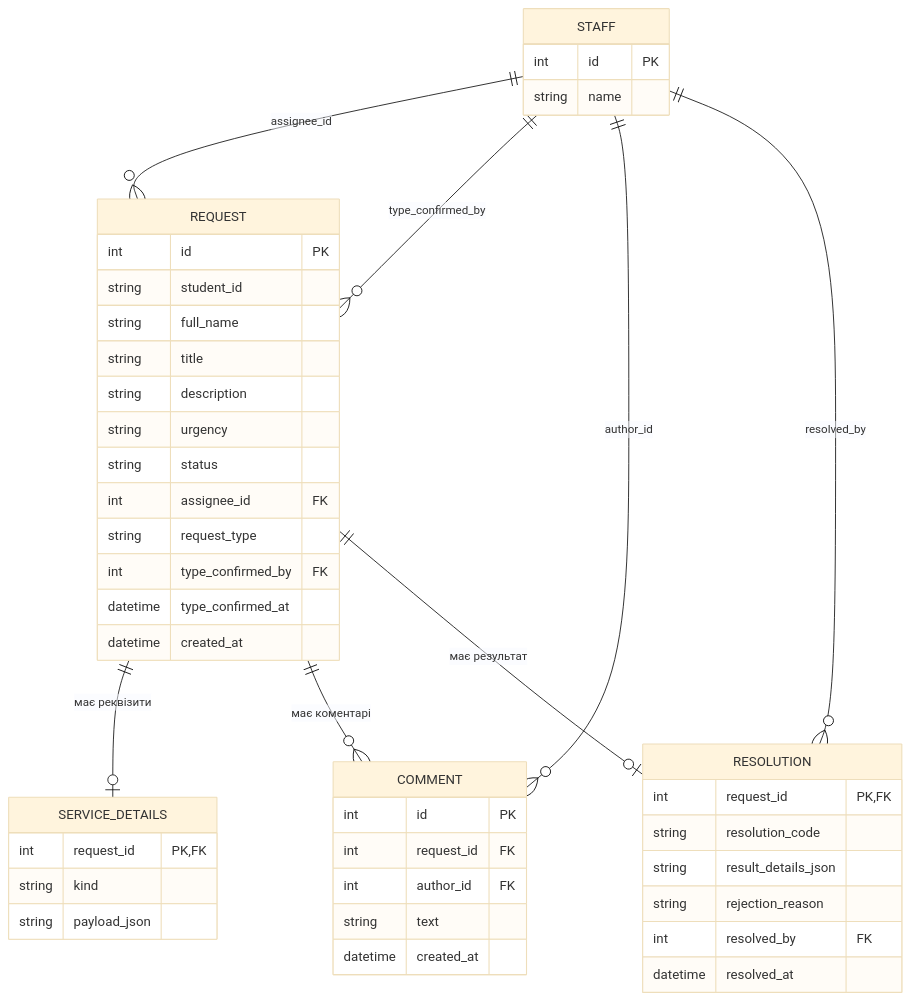
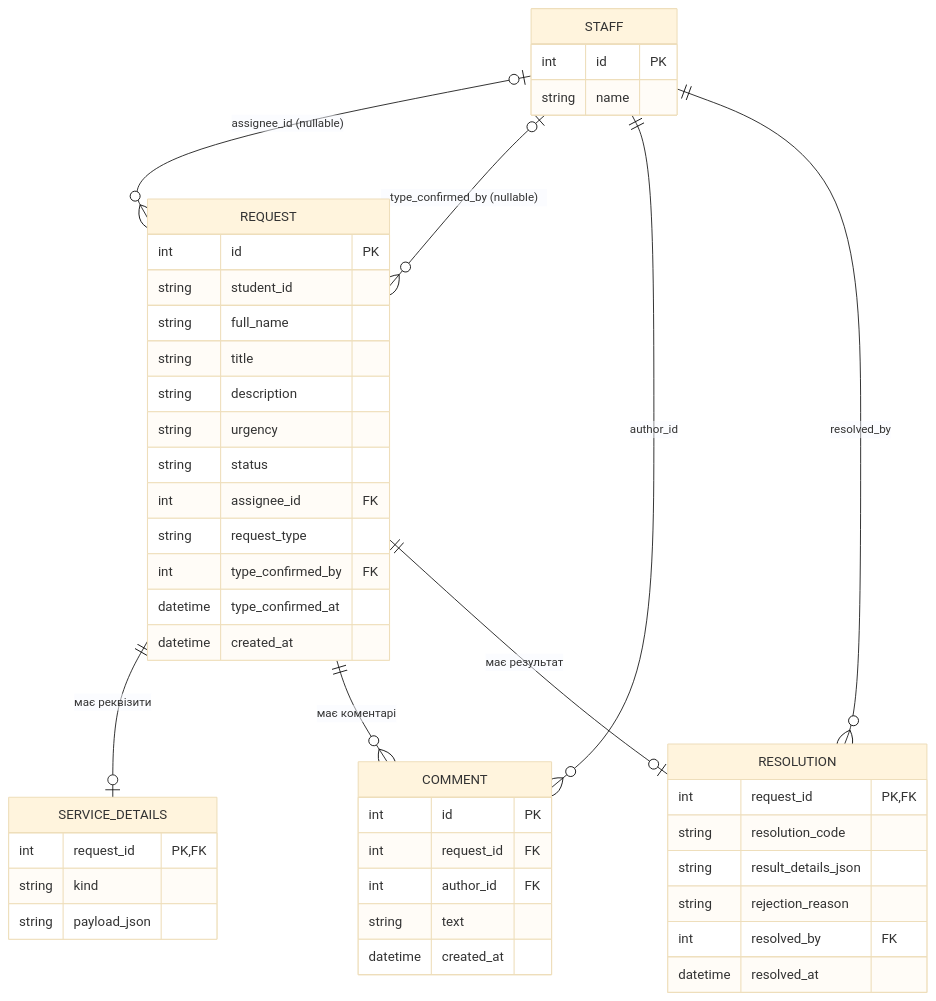
One commit to NureKoriakinZakhar/ai-in-software-engineering changed the second of 2 diagrams in lab1/architecture.md. Above: the diagram before and after it, drawn with Mermaid (base theme). The commit also changed other lines of this file and 5 other files, not shown here.

````diff
--- a/lab1/architecture.md
+++ b/lab1/architecture.md
@@ -38,48 +38,48 @@
 ```mermaid
 erDiagram
-  STAFF ||--o{ REQUEST : "assignee_id"
-  STAFF ||--o{ REQUEST : "type_confirmed_by"
+  STAFF |o--o{ REQUEST : "assignee_id (nullable)"
+  STAFF |o--o{ REQUEST : "type_confirmed_by (nullable)"
   STAFF ||--o{ COMMENT : "author_id"
   STAFF ||--o{ RESOLUTION : "resolved_by"
   REQUEST ||--o| SERVICE_DETAILS : "має реквізити"
   REQUEST ||--o{ COMMENT : "має коментарі"
   REQUEST ||--o| RESOLUTION : "має результат"
   STAFF {
     int id PK
     string name
   }
   REQUEST {
     int id PK
     string student_id
     string full_name
     string title
     string description
     string urgency
     string status
     int assignee_id FK
     string request_type
     int type_confirmed_by FK
     datetime type_confirmed_at
     datetime created_at
   }
   SERVICE_DETAILS {
     int request_id PK,FK
     string kind
     string payload_json
   }
   COMMENT {
     int id PK
     int request_id FK
     int author_id FK
     string text
     datetime created_at
   }
   RESOLUTION {
     int request_id PK,FK
     string resolution_code
     string result_details_json
     string rejection_reason
     int resolved_by FK
     datetime resolved_at
   }
 ```
````
